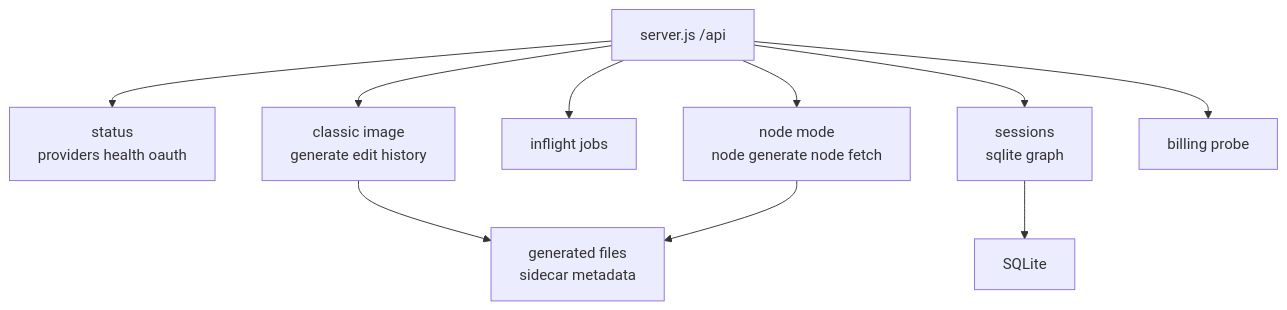
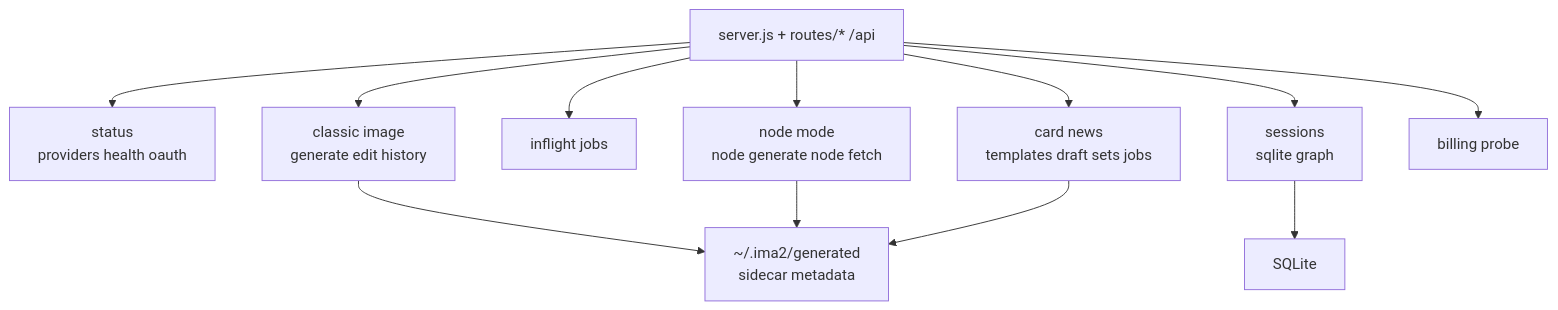
Before and after one commit to ChatPoongKun/ima2-gen: the diagram in structure/03-server-api.md, drawn with Mermaid. The commit also changed other lines of this file and 53 other files, not shown here.

Commit message:
feat(card-news): add dev MVP workspace

````diff
--- a/structure/03-server-api.md
+++ b/structure/03-server-api.md
@@ -19,12 +19,14 @@
 ```mermaid
 graph TD
-    API["server.js /api"] --> STATUS["status<br/>providers health oauth"]
+    API["server.js + routes/* /api"] --> STATUS["status<br/>providers health oauth"]
     API --> IMG["classic image<br/>generate edit history"]
     API --> JOBS["inflight jobs"]
     API --> NODE["node mode<br/>node generate node fetch"]
+    API --> CARD["card news<br/>templates draft sets jobs"]
     API --> SESS["sessions<br/>sqlite graph"]
     API --> BILL["billing probe"]
-    IMG --> FILES["generated files<br/>sidecar metadata"]
+    IMG --> FILES["~/.ima2/generated<br/>sidecar metadata"]
     NODE --> FILES
+    CARD --> FILES
     SESS --> DB["SQLite"]
 ```
````
